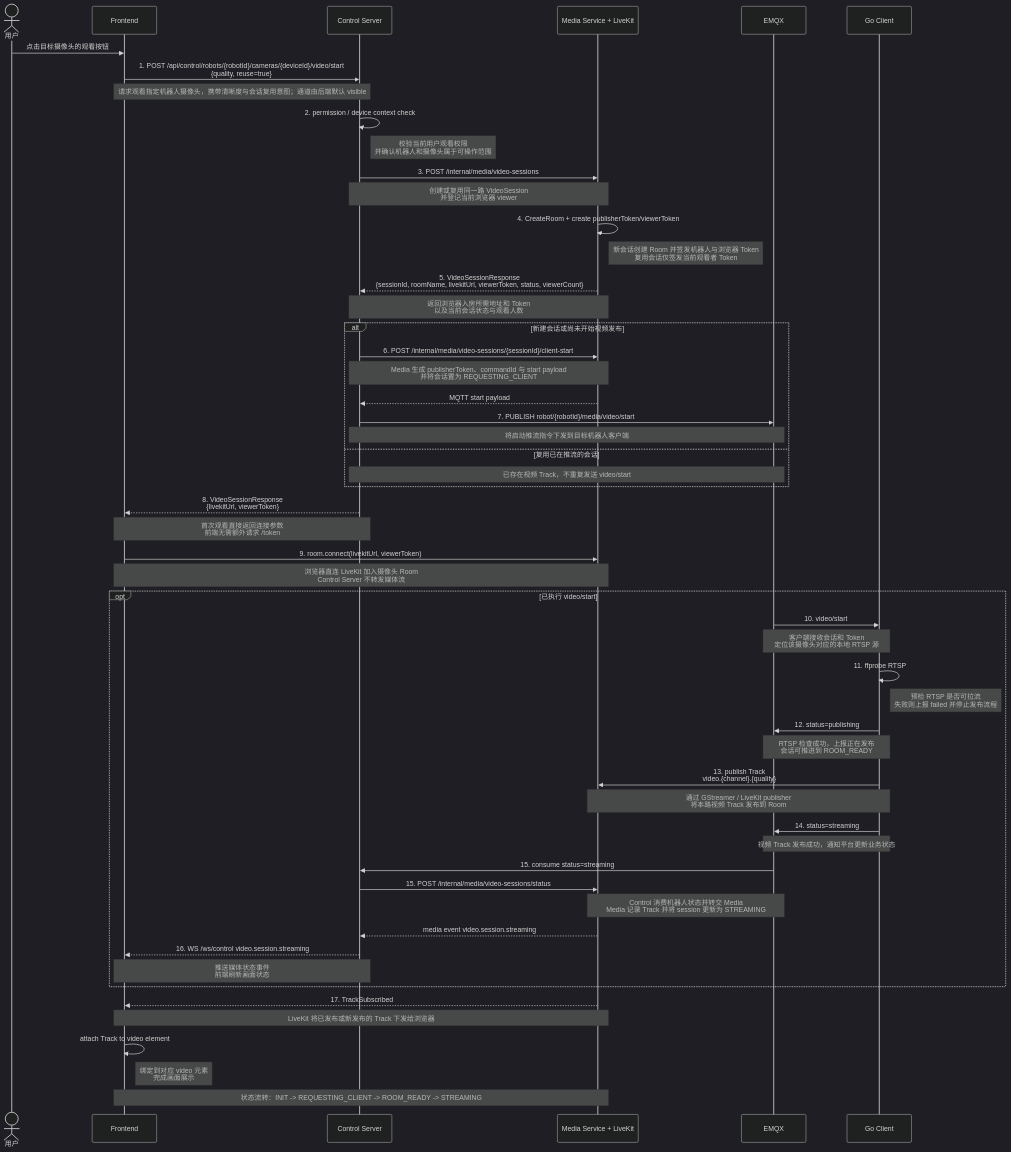
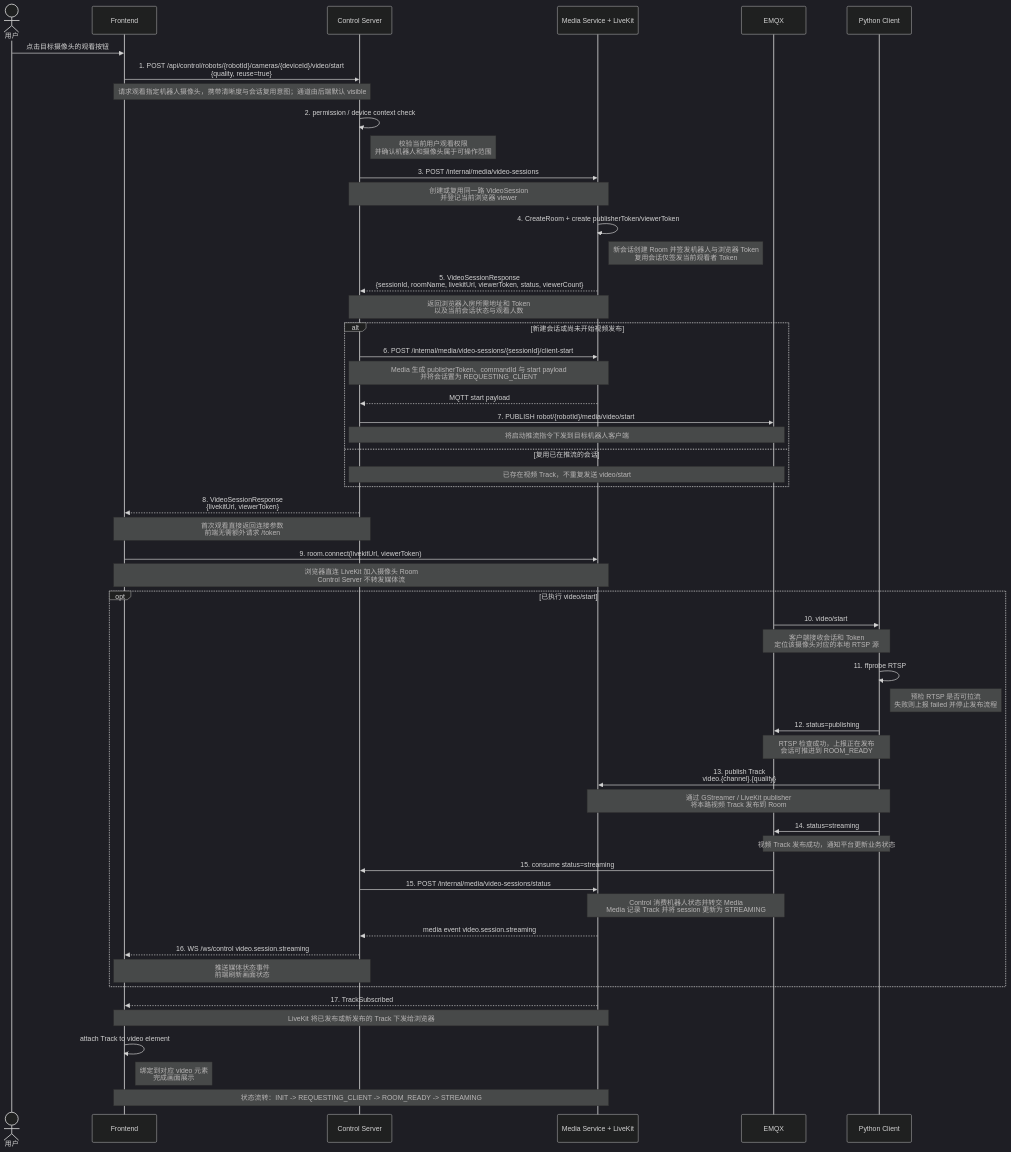
The diagram in docs/02-设计/实时视频/实时视频普通播放时序图.md (waleelay/robot), drawn with Mermaid (dark theme) before and after one commit. The commit also changed 85 other files, not shown here.

````diff
--- a/docs/02-设计/实时视频/实时视频普通播放时序图.md
+++ b/docs/02-设计/实时视频/实时视频普通播放时序图.md
@@ -3,73 +3,73 @@
 ```mermaid
 sequenceDiagram
     actor U as 用户
     participant FE as Frontend
     participant CS as Control Server
     participant ML as Media Service + LiveKit
     participant MQ as EMQX
-    participant GO as Go Client
+    participant GO as Python Client
 
     U->>FE: 点击目标摄像头的观看按钮
     FE->>CS: 1. POST /api/control/robots/{robotId}/cameras/{deviceId}/video/start<br/>{quality, reuse=true}
     Note over FE,CS: 请求观看指定机器人摄像头，携带清晰度与会话复用意图；通道由后端默认 visible
 
     CS->>CS: 2. permission / device context check
     Note right of CS: 校验当前用户观看权限<br/>并确认机器人和摄像头属于可操作范围
 
     CS->>ML: 3. POST /internal/media/video-sessions
     Note over CS,ML: 创建或复用同一路 VideoSession<br/>并登记当前浏览器 viewer
 
     ML->>ML: 4. CreateRoom + create publisherToken/viewerToken
     Note right of ML: 新会话创建 Room 并签发机器人与浏览器 Token<br/>复用会话仅签发当前观看者 Token
 
     ML-->>CS: 5. VideoSessionResponse<br/>{sessionId, roomName, livekitUrl, viewerToken, status, viewerCount}
     Note over ML,CS: 返回浏览器入房所需地址和 Token<br/>以及当前会话状态与观看人数
 
     alt 新建会话或尚未开始视频发布
         CS->>ML: 6. POST /internal/media/video-sessions/{sessionId}/client-start
         Note over CS,ML: Media 生成 publisherToken、commandId 与 start payload<br/>并将会话置为 REQUESTING_CLIENT
         ML-->>CS: MQTT start payload
         CS->>MQ: 7. PUBLISH robot/{robotId}/media/video/start
         Note over CS,MQ: 将启动推流指令下发到目标机器人客户端
     else 复用已在推流的会话
         Note over CS,MQ: 已存在视频 Track，不重复发送 video/start
     end
 
     CS-->>FE: 8. VideoSessionResponse<br/>{livekitUrl, viewerToken}
     Note over CS,FE: 首次观看直接返回连接参数<br/>前端无需额外请求 /token
 
     FE->>ML: 9. room.connect(livekitUrl, viewerToken)
     Note over FE,ML: 浏览器直连 LiveKit 加入摄像头 Room<br/>Control Server 不转发媒体流
 
     opt 已执行 video/start
         MQ->>GO: 10. video/start
         Note over MQ,GO: 客户端接收会话和 Token<br/>定位该摄像头对应的本地 RTSP 源
 
         GO->>GO: 11. ffprobe RTSP
         Note right of GO: 预检 RTSP 是否可拉流<br/>失败则上报 failed 并停止发布流程
 
         GO->>MQ: 12. status=publishing
         Note over GO,MQ: RTSP 检查成功，上报正在发布<br/>会话可推进到 ROOM_READY
 
         GO->>ML: 13. publish Track<br/>video.{channel}.{quality}
         Note over GO,ML: 通过 GStreamer / LiveKit publisher<br/>将本路视频 Track 发布到 Room
 
         GO->>MQ: 14. status=streaming
         Note over GO,MQ: 视频 Track 发布成功，通知平台更新业务状态
 
         MQ->>CS: 15. consume status=streaming
         CS->>ML: 15. POST /internal/media/video-sessions/status
         Note over MQ,ML: Control 消费机器人状态并转交 Media<br/>Media 记录 Track 并将 session 更新为 STREAMING
 
         ML-->>CS: media event video.session.streaming
         CS-->>FE: 16. WS /ws/control video.session.streaming
         Note over CS,FE: 推送媒体状态事件<br/>前端刷新画面状态
     end
 
     ML-->>FE: 17. TrackSubscribed
     Note over ML,FE: LiveKit 将已发布或新发布的 Track 下发给浏览器
     FE->>FE: attach Track to video element
     Note right of FE: 绑定到对应 video 元素<br/>完成画面展示
 
     Note over FE,ML: 状态流转：INIT -> REQUESTING_CLIENT -> ROOM_READY -> STREAMING
 ```
````
